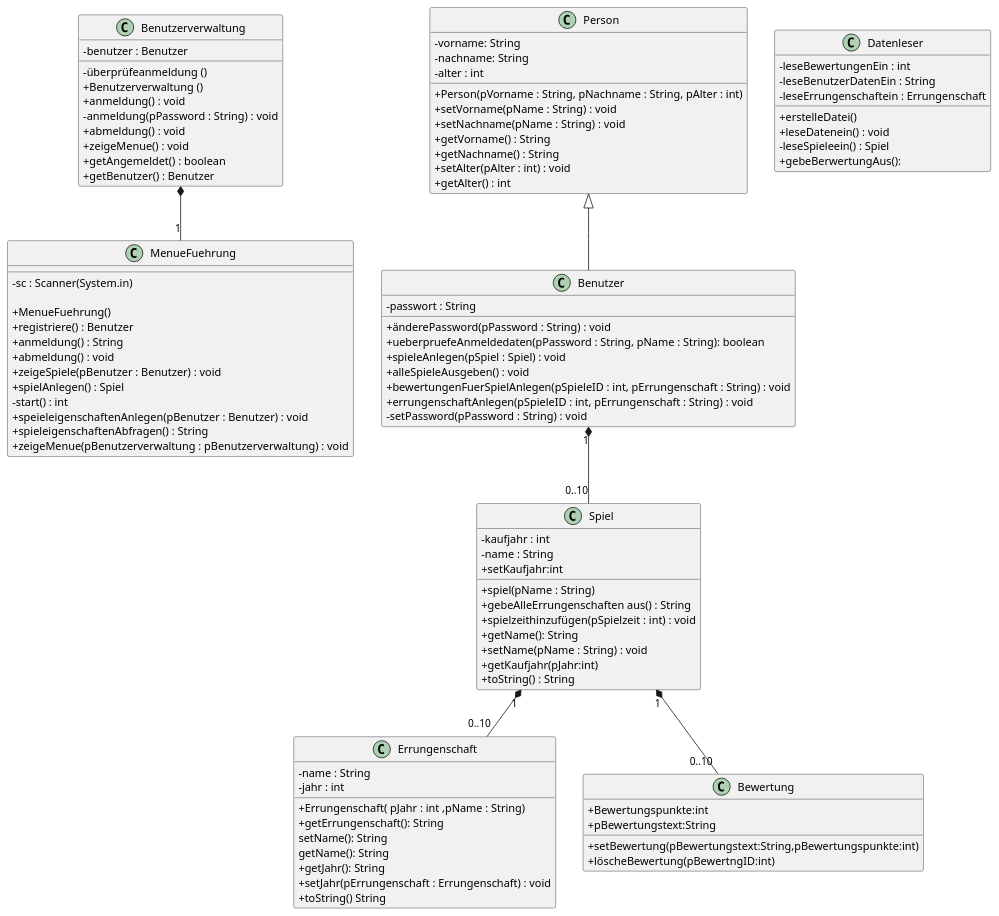
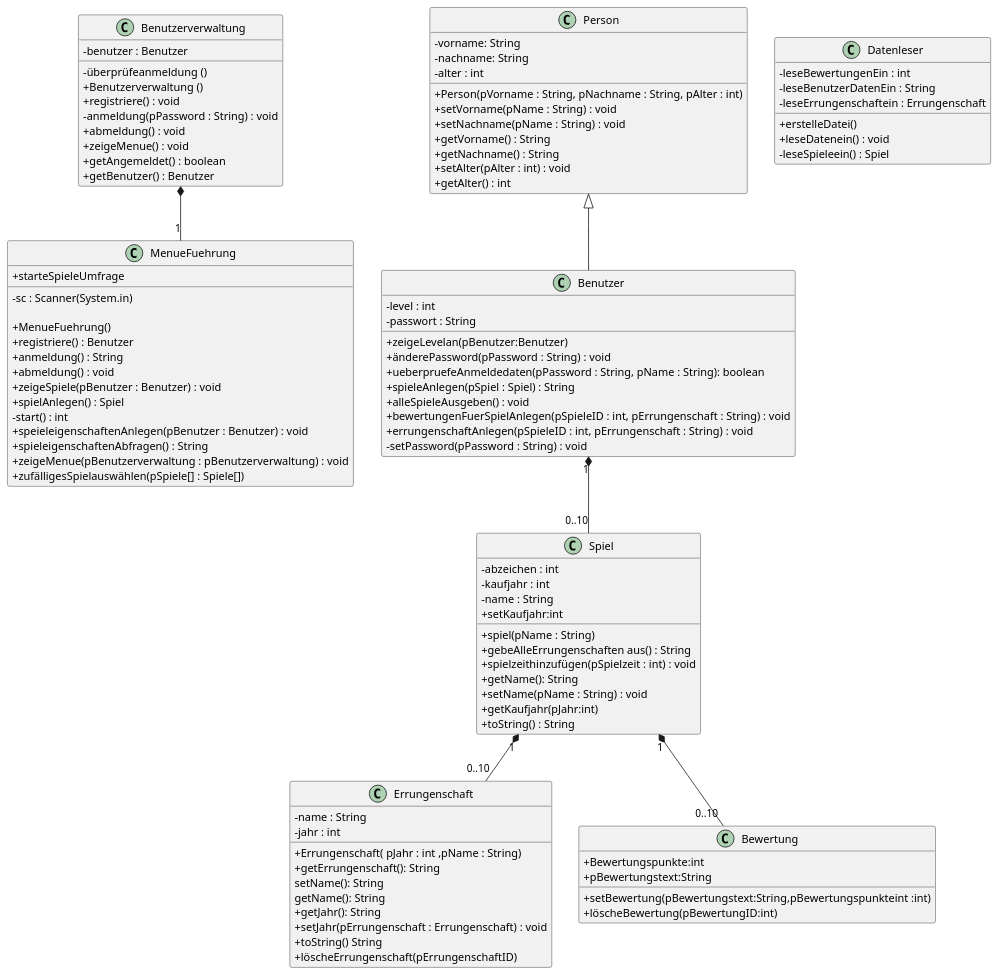
Before and after one commit to HEBK-BGM/Verwaltungssoftware_Team_3_TestGIt: the diagram in Docs/Pflichtenheft/Diagramme/Klassendiagramm.iuml, drawn with PlantUML.

Commit message:
Klassendiagramm

```diff
--- a/Docs/Pflichtenheft/Diagramme/Klassendiagramm.iuml
+++ b/Docs/Pflichtenheft/Diagramme/Klassendiagramm.iuml
@@ -1,113 +1,120 @@
 @startuml
 skinparam classAttributeIconSize 0
 
 class Benutzerverwaltung{
  -benutzer : Benutzer
  -überprüfeanmeldung ()
  + Benutzerverwaltung ()
- + anmeldung() : void
+ + registriere() : void
  - anmeldung(pPassword : String) : void
  + abmeldung() : void
  + zeigeMenue() : void
  + getAngemeldet() : boolean
  + getBenutzer() : Benutzer
 }
 
 
 
 class MenueFuehrung{
  - sc : Scanner(System.in)
 
  +MenueFuehrung()
  +registriere() : Benutzer
  + anmeldung() : String
  + abmeldung() : void
  + zeigeSpiele(pBenutzer : Benutzer) : void
  + spielAnlegen() : Spiel
  - start() : int
  + speieleigenschaftenAnlegen(pBenutzer : Benutzer) : void
  + spieleigenschaftenAbfragen() : String
  + zeigeMenue(pBenutzerverwaltung : pBenutzerverwaltung) : void
+ +starteSpieleUmfrage
+ +zufälligesSpielauswählen(pSpiele[] : Spiele[])
+
  
  }
 
 class Person{
  -vorname: String
  -nachname: String
  -alter : int
  + Person(pVorname : String, pNachname : String, pAlter : int)
  +setVorname(pName : String) : void
  +setNachname(pName : String) : void
  +getVorname() : String
  +getNachname() : String
  +setAlter(pAlter : int) : void
  +getAlter() : int
 }
 
 
 
 class Spiel{
+ -abzeichen : int
  -kaufjahr : int 
  -name : String
  +spiel(pName : String)
  +gebeAlleErrungenschaften aus() : String
  +spielzeithinzufügen(pSpielzeit : int) : void
  +getName(): String
  +setName(pName : String) : void
  +setKaufjahr:int
  +getKaufjahr(pJahr:int)
  +toString() : String
+
 }
 
 class Errungenschaft{
  -name : String
  -jahr : int
  +Errungenschaft( pJahr : int ,pName : String)
  +getErrungenschaft(): String
  setName(): String
  getName(): String 
  +getJahr(): String
  +setJahr(pErrungenschaft : Errungenschaft) : void
  +toString() String
+ +löscheErrungenschaft(pErrungenschaftID)
 }
 
 
 
 
 class Benutzer{
+  -level : int
   -passwort : String
+  +zeigeLevelan(pBenutzer:Benutzer)
   +änderePassword(pPassword : String) : void
   +ueberpruefeAnmeldedaten(pPassword : String, pName : String): boolean
-  + spieleAnlegen(pSpiel : Spiel) : void
+  + spieleAnlegen(pSpiel : Spiel) : String
   +alleSpieleAusgeben() : void
   +bewertungenFuerSpielAnlegen(pSpieleID : int, pErrungenschaft : String) : void
    +errungenschaftAnlegen(pSpieleID : int, pErrungenschaft : String) : void
   -setPassword(pPassword : String) : void
 }
 
 class Datenleser{
   +erstelleDatei()
   +leseDatenein() : void 
   -leseBewertungenEin : int
   -leseBenutzerDatenEin : String
   -leseErrungenschaftein : Errungenschaft
   -leseSpieleein() : Spiel
-  +gebeBerwertungAus(): 
   }
 
 class Bewertung{
   +Bewertungspunkte:int
   +pBewertungstext:String
-  +setBewertung(pBewertungstext:String,pBewertungspunkte:int)
-  +löscheBewertung(pBewertngID:int)
+  +setBewertung(pBewertungstext:String,pBewertungspunkteint :int)
+  +löscheBewertung(pBewertungID:int)
 
 }
 
 
 Spiel "1" *-- "0..10" Errungenschaft
 Spiel "1" *-- "0..10" Bewertung
 Benutzerverwaltung  *-- "1" MenueFuehrung
 Benutzer "1" *-- "0..10" Spiel
 Person <|-- Benutzer
 
 @enduml
```
